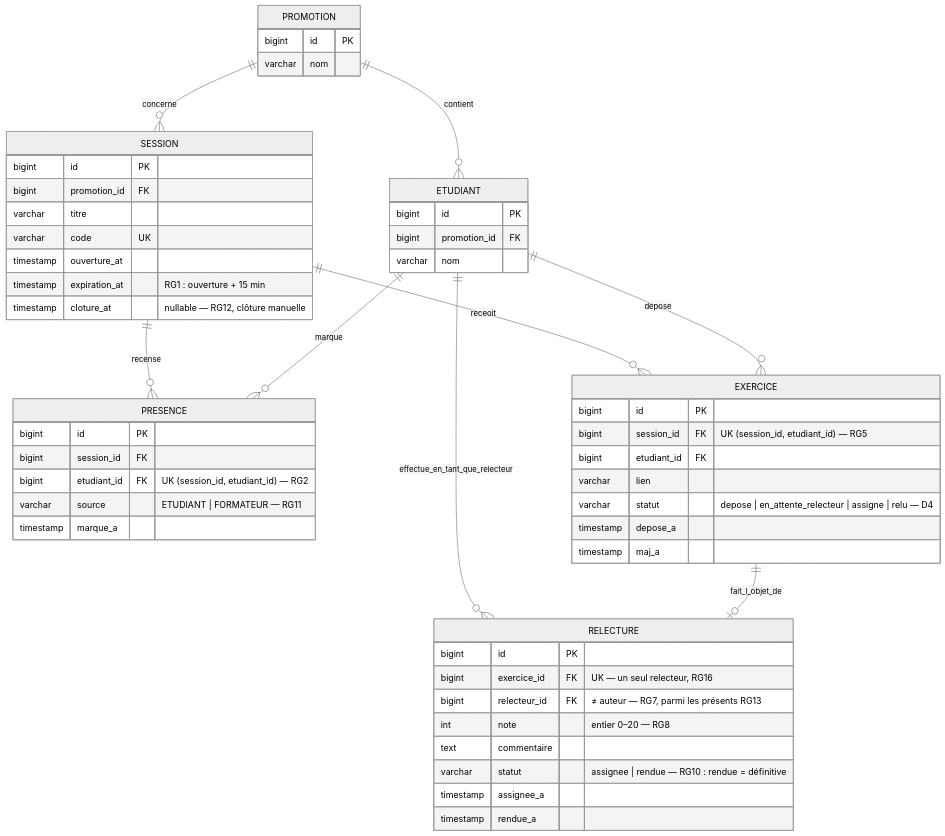
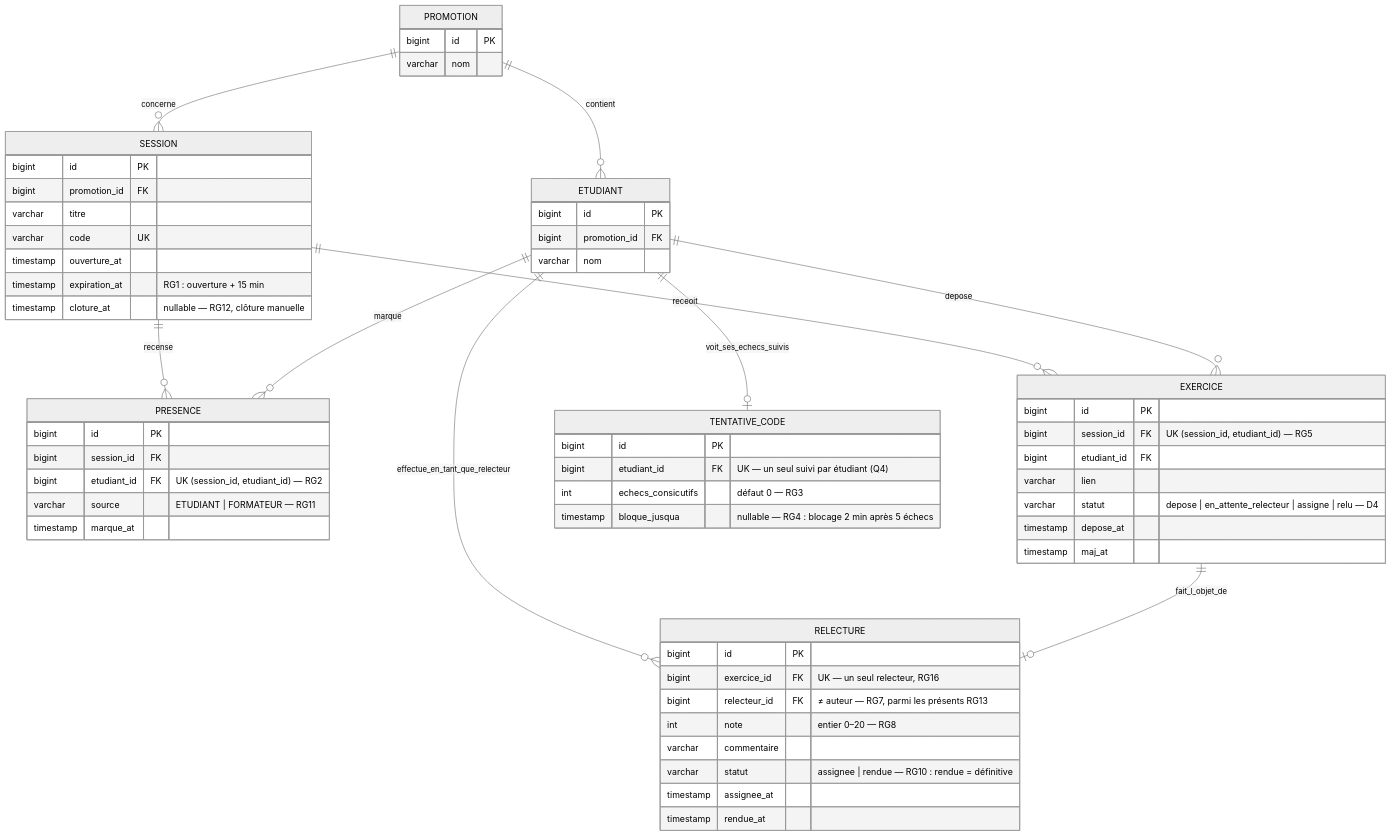
Before and after one commit to jordane237/kfokam48-epreuve-247: the diagram in docs/diagrammes/D2_classes.md, drawn with Mermaid (neutral theme). The commit also changed other lines of this file and 6 other files, not shown here.

Commit message:
T11/T15: rattrapage avant etape 3 - tests integration presence B6, refactor B3 EtudiantService, D2 tentative_code, seeds V8, README port 8081, journal horaires

````diff
--- a/docs/diagrammes/D2_classes.md
+++ b/docs/diagrammes/D2_classes.md
@@ -5,61 +5,69 @@
 ```mermaid
 erDiagram
     PROMOTION ||--o{ ETUDIANT : "contient"
     PROMOTION ||--o{ SESSION : "concerne"
     SESSION ||--o{ PRESENCE : "recense"
     SESSION ||--o{ EXERCICE : "receoit"
     ETUDIANT ||--o{ PRESENCE : "marque"
     ETUDIANT ||--o{ EXERCICE : "depose"
     ETUDIANT ||--o{ RELECTURE : "effectue_en_tant_que_relecteur"
+    ETUDIANT ||--o| TENTATIVE_CODE : "voit_ses_echecs_suivis"
     EXERCICE ||--o| RELECTURE : "fait_l_objet_de"
 
     PROMOTION {
         bigint id PK
         varchar nom
     }
 
     ETUDIANT {
         bigint id PK
         bigint promotion_id FK
         varchar nom
     }
 
     SESSION {
         bigint id PK
         bigint promotion_id FK
         varchar titre
         varchar code UK
         timestamp ouverture_at
         timestamp expiration_at "RG1 : ouverture + 15 min"
         timestamp cloture_at "nullable — RG12, clôture manuelle"
     }
 
     PRESENCE {
         bigint id PK
         bigint session_id FK
         bigint etudiant_id FK "UK (session_id, etudiant_id) — RG2"
         varchar source "ETUDIANT | FORMATEUR — RG11"
-        timestamp marque_a
+        timestamp marque_at
     }
 
     EXERCICE {
         bigint id PK
         bigint session_id FK "UK (session_id, etudiant_id) — RG5"
         bigint etudiant_id FK
         varchar lien
         varchar statut "depose | en_attente_relecteur | assigne | relu — D4"
-        timestamp depose_a
-        timestamp maj_a
+        timestamp depose_at
+        timestamp maj_at
     }
 
     RELECTURE {
         bigint id PK
         bigint exercice_id FK "UK — un seul relecteur, RG16"
         bigint relecteur_id FK "≠ auteur — RG7, parmi les présents RG13"
         int note "entier 0–20 — RG8"
-        text commentaire
+        varchar commentaire
         varchar statut "assignee | rendue — RG10 : rendue = définitive"
-        timestamp assignee_a
-        timestamp rendue_a
+        timestamp assignee_at
+        timestamp rendue_at
+    }
+
+    TENTATIVE_CODE {
+        bigint id PK
+        bigint etudiant_id FK "UK — un seul suivi par étudiant (Q4)"
+        int echecs_consicutifs "défaut 0 — RG3"
+        timestamp bloque_jusqua "nullable — RG4 : blocage 2 min après 5 échecs"
     }
 ```
````
